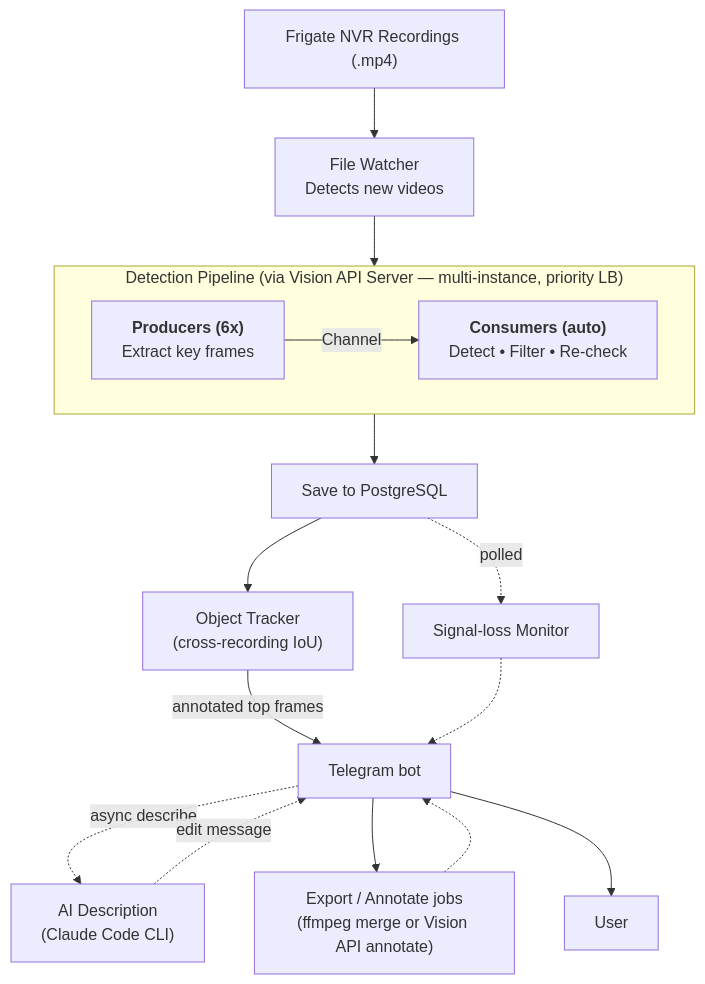
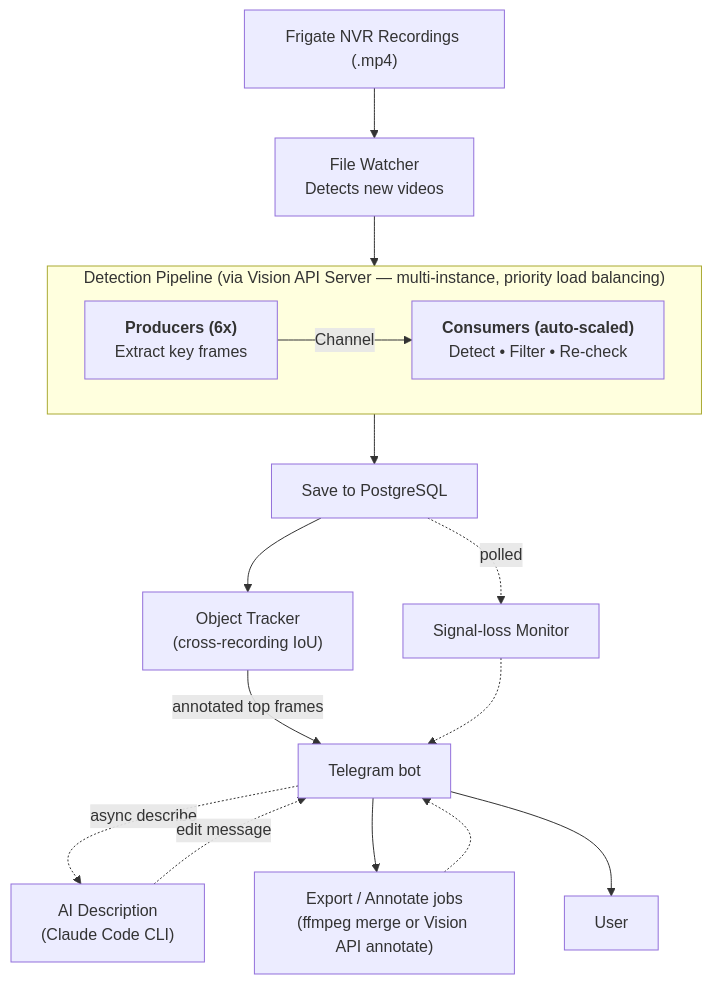
One commit to zinin/frigate-analyzer changed the diagram in README.md. Above: the diagram before and after it, drawn with Mermaid.

Commit message:
review: auto-fix valid issues from external review
- README.md:12 — "priority LB" → "priority load balancing" (Codex: avoid abbreviation in top-of-README overview)
- README.md:14 — "Consumers (auto)" → "Consumers (auto-scaled)" (ccs-glm: disambiguate from "auto-run")

````diff
--- a/README.md
+++ b/README.md
@@ -7,24 +7,24 @@
 ```mermaid
 graph TD
     A["Frigate NVR Recordings (.mp4)"] --> B["File Watcher<br/>Detects new videos"]
     B --> C
 
-    subgraph C ["Detection Pipeline (via Vision API Server — multi-instance, priority LB)"]
+    subgraph C ["Detection Pipeline (via Vision API Server — multi-instance, priority load balancing)"]
         direction LR
-        P["<b>Producers (6x)</b><br/>Extract key frames"] -- "Channel" --> Q["<b>Consumers (auto)</b><br/>Detect • Filter • Re-check"]
+        P["<b>Producers (6x)</b><br/>Extract key frames"] -- "Channel" --> Q["<b>Consumers (auto-scaled)</b><br/>Detect • Filter • Re-check"]
     end
 
     C --> D["Save to PostgreSQL"]
     D --> E["Object Tracker<br/>(cross-recording IoU)"]
     E -- "annotated top frames" --> F["Telegram bot"]
 
     D -. "polled" .-> SL["Signal-loss Monitor"]
     SL -.-> F
 
     F -. "async describe" .-> AI["AI Description<br/>(Claude Code CLI)"]
     AI -. "edit message" .-> F
 
     F --> EX["Export / Annotate jobs<br/>(ffmpeg merge or Vision API annotate)"]
     EX -.-> F
     F --> U["User"]
 ```
````
